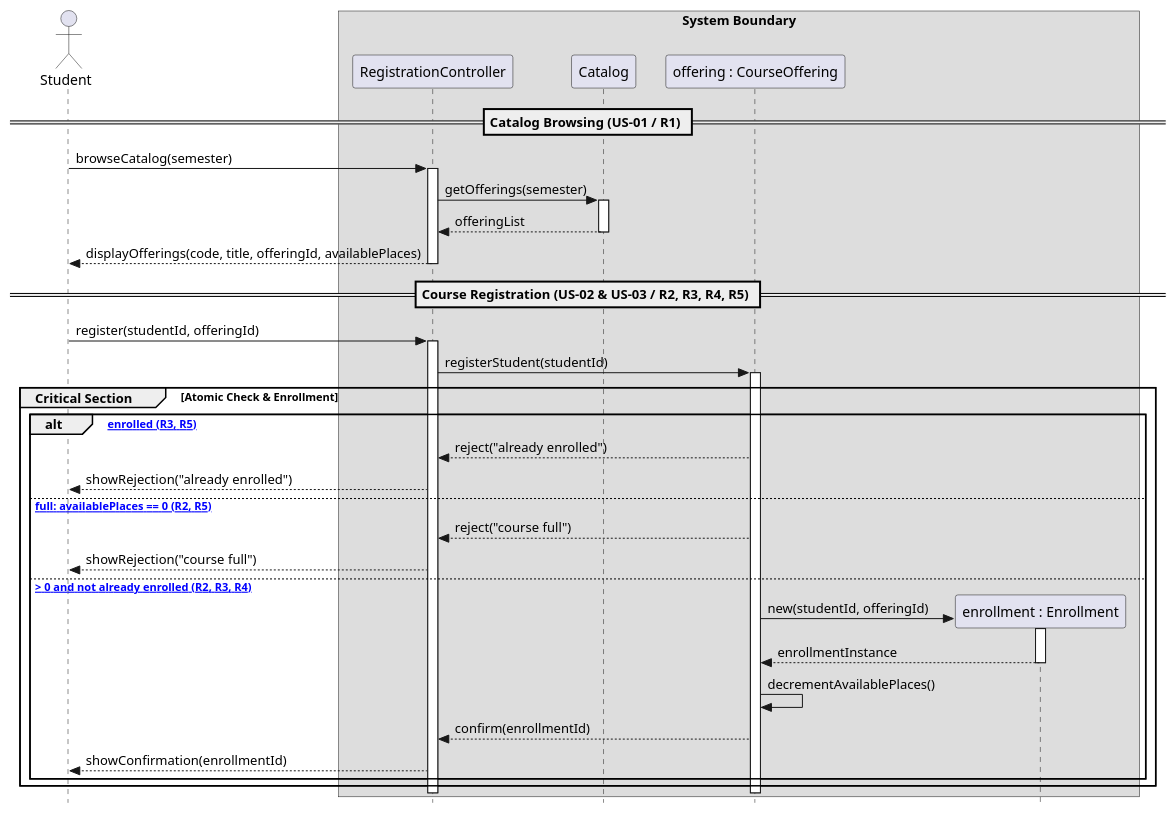
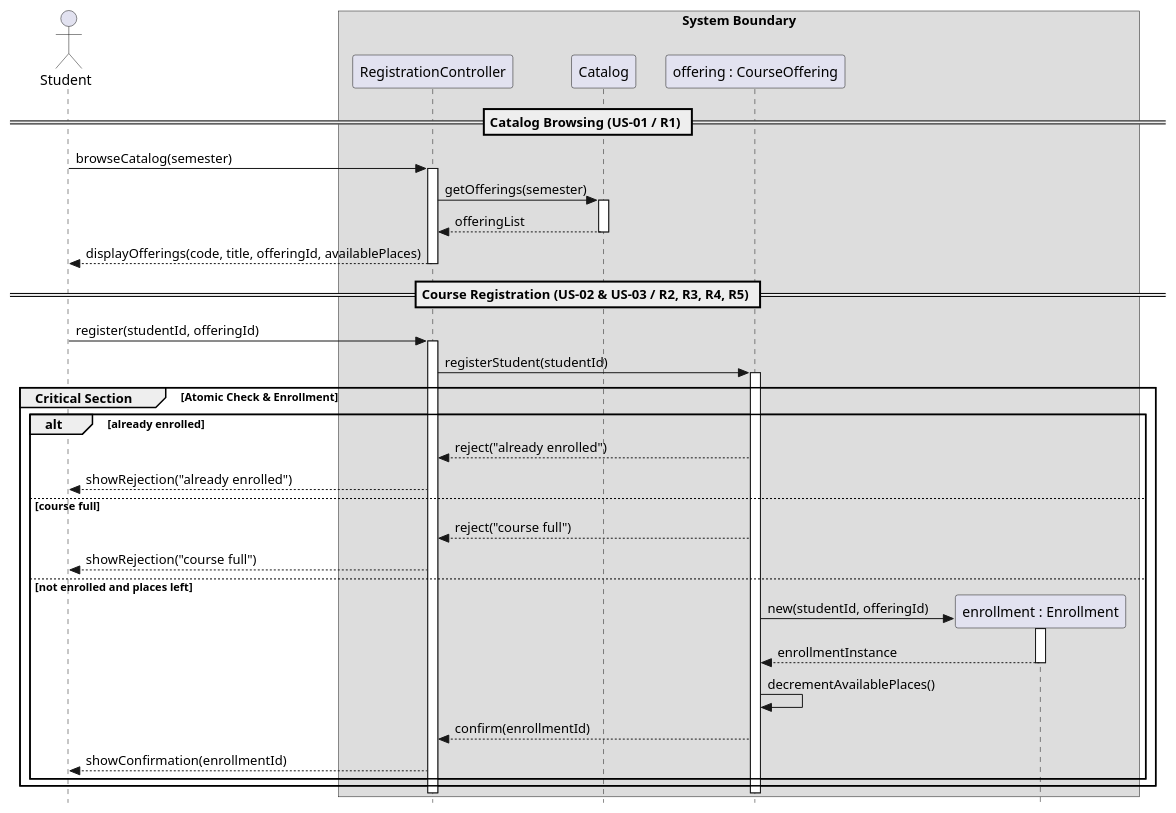
One commit to aliakhmetov01/se-practice changed the diagram in sis-02/models/sequence.puml. Above: the diagram before and after it, drawn with PlantUML. The commit also changed 8 other files, not shown here.

```diff
--- a/sis-02/models/sequence.puml
+++ b/sis-02/models/sequence.puml
@@ -4,61 +4,61 @@
 @startuml
 skinparam style strictuml
 skinparam BoxPadding 10
 skinparam ParticipantPadding 10
 
 actor "Student" as student
 box "System Boundary"
     participant "RegistrationController" as controller
     participant "Catalog" as catalog
     participant "offering : CourseOffering" as offering
     participant "enrollment : Enrollment" as enrollment
 end box
 
 == Catalog Browsing (US-01 / R1) ==
 
 student -> controller : browseCatalog(semester)
 activate controller
 
 controller -> catalog : getOfferings(semester)
 activate catalog
 
 catalog --> controller : offeringList
 deactivate catalog
 
 controller --> student : displayOfferings(code, title, offeringId, availablePlaces)
 deactivate controller
 
 == Course Registration (US-02 & US-03 / R2, R3, R4, R5) ==
 
 student -> controller : register(studentId, offeringId)
 activate controller
 
 controller -> offering : registerStudent(studentId)
 activate offering
 
 group Critical Section [Atomic Check & Enrollment]
-    alt [already enrolled (R3, R5)]
+    alt already enrolled
         offering --> controller : reject("already enrolled")
         controller --> student : showRejection("already enrolled")
 
-    else [offering full: availablePlaces == 0 (R2, R5)]
+    else course full
         offering --> controller : reject("course full")
         controller --> student : showRejection("course full")
 
-    else [availablePlaces > 0 and not already enrolled (R2, R3, R4)]
+    else not enrolled and places left
         create enrollment
         offering -> enrollment : new(studentId, offeringId)
         activate enrollment
         enrollment --> offering : enrollmentInstance
         deactivate enrollment
 
         offering -> offering : decrementAvailablePlaces()
         offering --> controller : confirm(enrollmentId)
         controller --> student : showConfirmation(enrollmentId)
     end
 end
 
 deactivate offering
 deactivate controller
 
 @enduml
```
